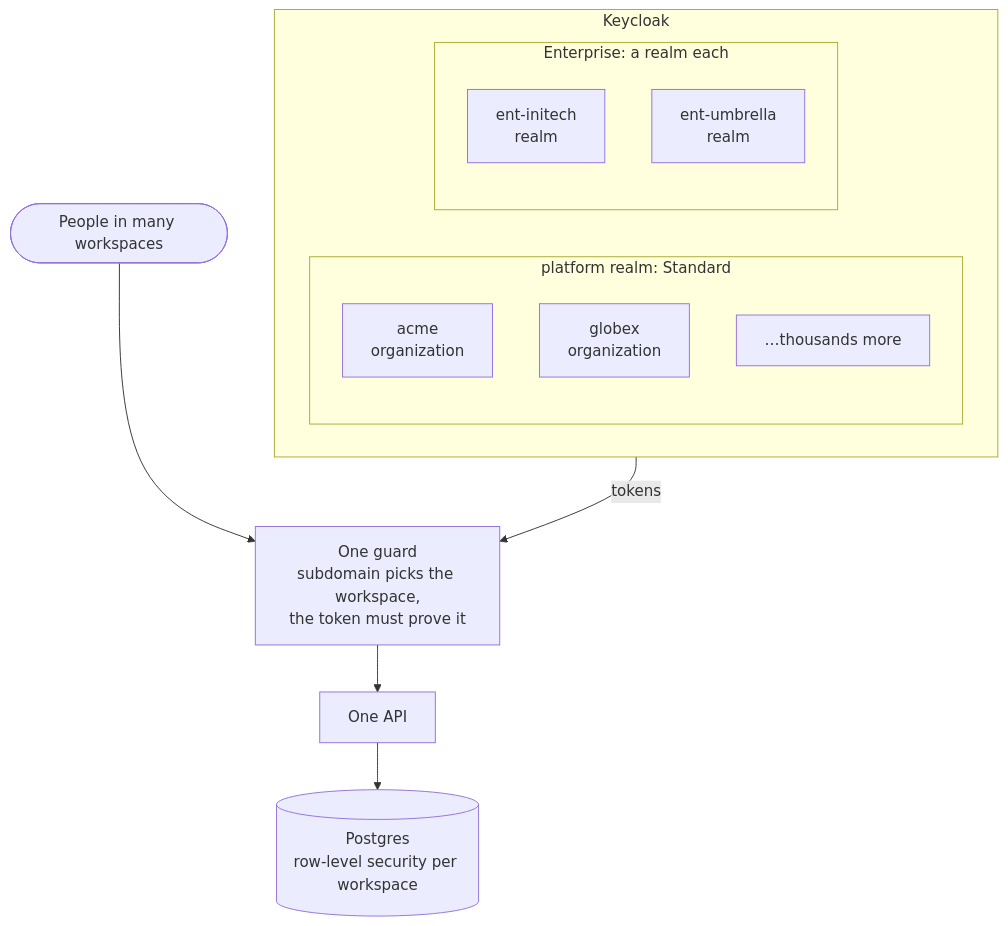
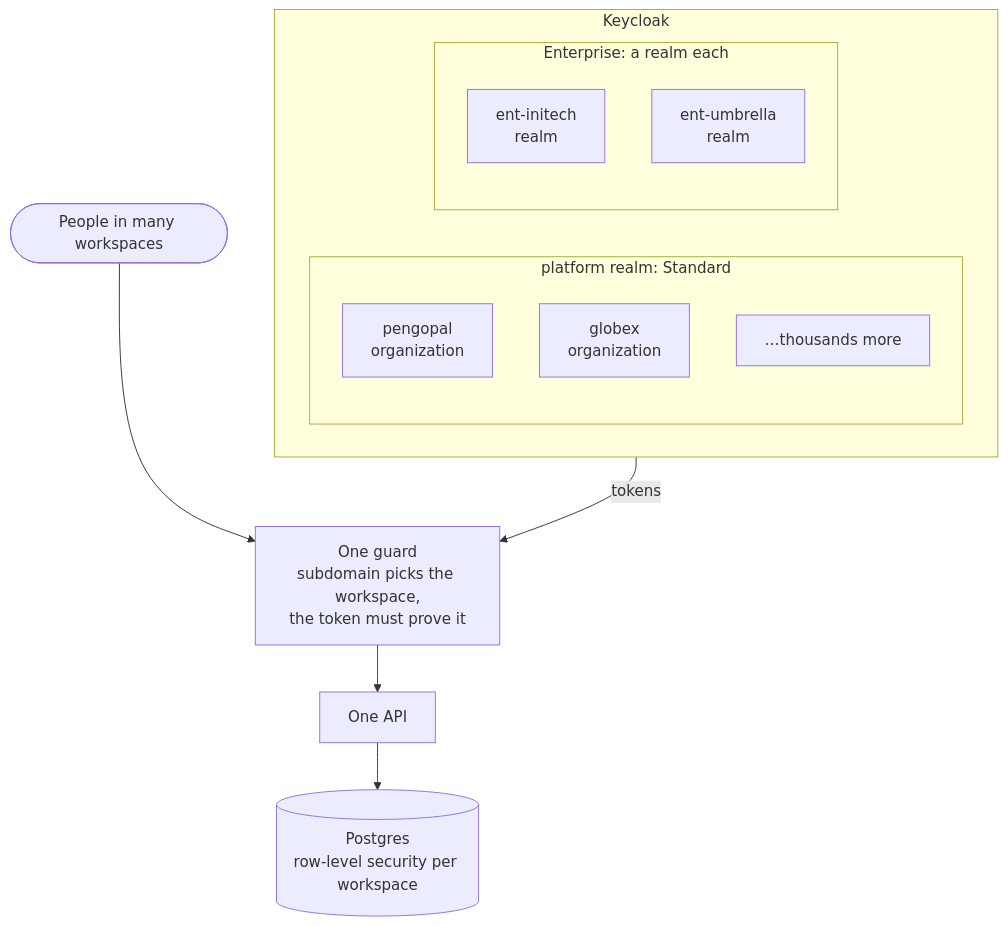
One commit to mfurqanwork/tenantry-keycloak-multitenancy changed the first of 2 diagrams in README.md. Above: the diagram before and after it, drawn with Mermaid. The commit also changed 13 other files, not shown here.

````diff
--- a/README.md
+++ b/README.md
@@ -40,23 +40,23 @@
 ```mermaid
 flowchart TB
   people([People in many workspaces]) --> guard
 
   subgraph kc[Keycloak]
     direction LR
     subgraph platform["platform realm: Standard"]
       direction TB
-      acme["acme<br/>organization"]
+      pengopal["pengopal<br/>organization"]
       globex["globex<br/>organization"]
       more["…thousands more"]
     end
     subgraph enterprise["Enterprise: a realm each"]
       direction TB
       initech["ent-initech<br/>realm"]
       umbrella["ent-umbrella<br/>realm"]
     end
   end
 
   kc -- tokens --> guard
   guard["One guard<br/>subdomain picks the workspace,<br/>the token must prove it"] --> api[One API]
   api --> pg[("Postgres<br/>row-level security per workspace")]
 ```
````
